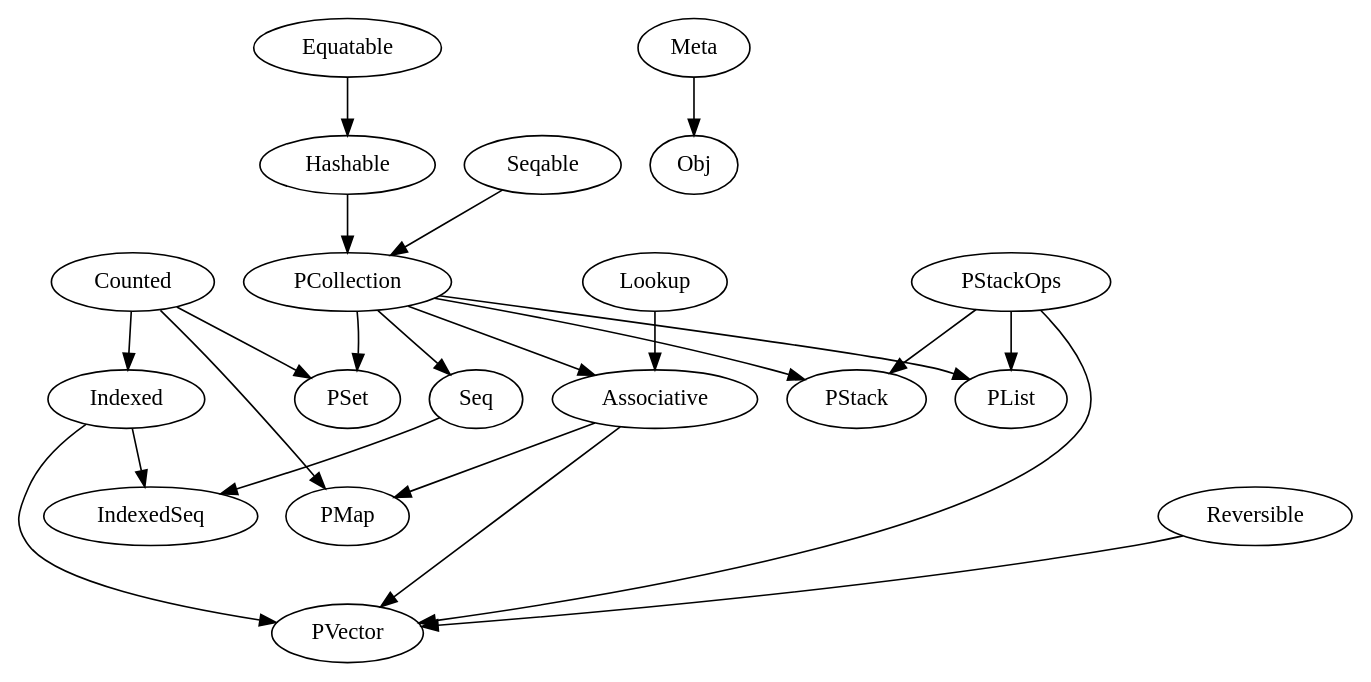
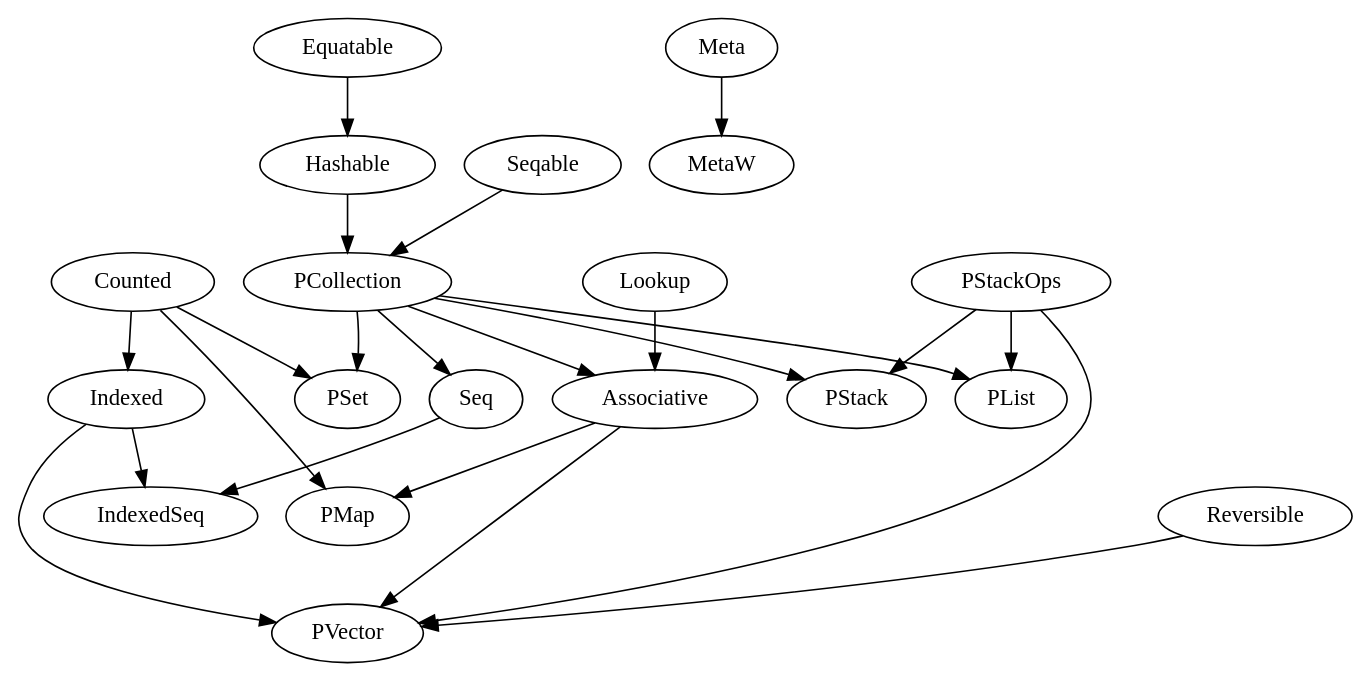
The diagram in doc/seq.dot (dmiller/go-seq), drawn with Graphviz before and after one commit. The commit also changed 22 other files, not shown here.

```diff
--- a/doc/seq.dot
+++ b/doc/seq.dot
@@ -1,31 +1,31 @@
 digraph G {
 
 	Equatable -> Hashable [weight=8];
 	Hashable -> PCollection [weight=8];
 	PCollection -> PSet [weight=8, style="invis"];
 	PSet -> PMap [weight=8, style="invis"];
 	PMap -> PVector  [weight=8, style="invis"];
 	Seqable -> PCollection;
 	PCollection -> PSet;
 	PCollection -> Seq;
 	PCollection -> PList;
 	PCollection -> Associative;
 	PCollection -> PStack;
 	Counted -> Indexed;
 	Indexed -> IndexedSeq;
 	Seq -> IndexedSeq;
 	Counted -> PSet;
 	Counted -> PMap
 	Lookup -> Associative;
 	Associative -> PMap;
 	Associative -> PVector;
 	Reversible -> PVector;
 	Indexed -> PVector;
 	PStackOps -> PStack;
 	PStackOps -> PVector;
 	PStackOps	-> PList;
 
 
 
-	Meta -> Obj;
+	Meta -> MetaW;
 }
```
